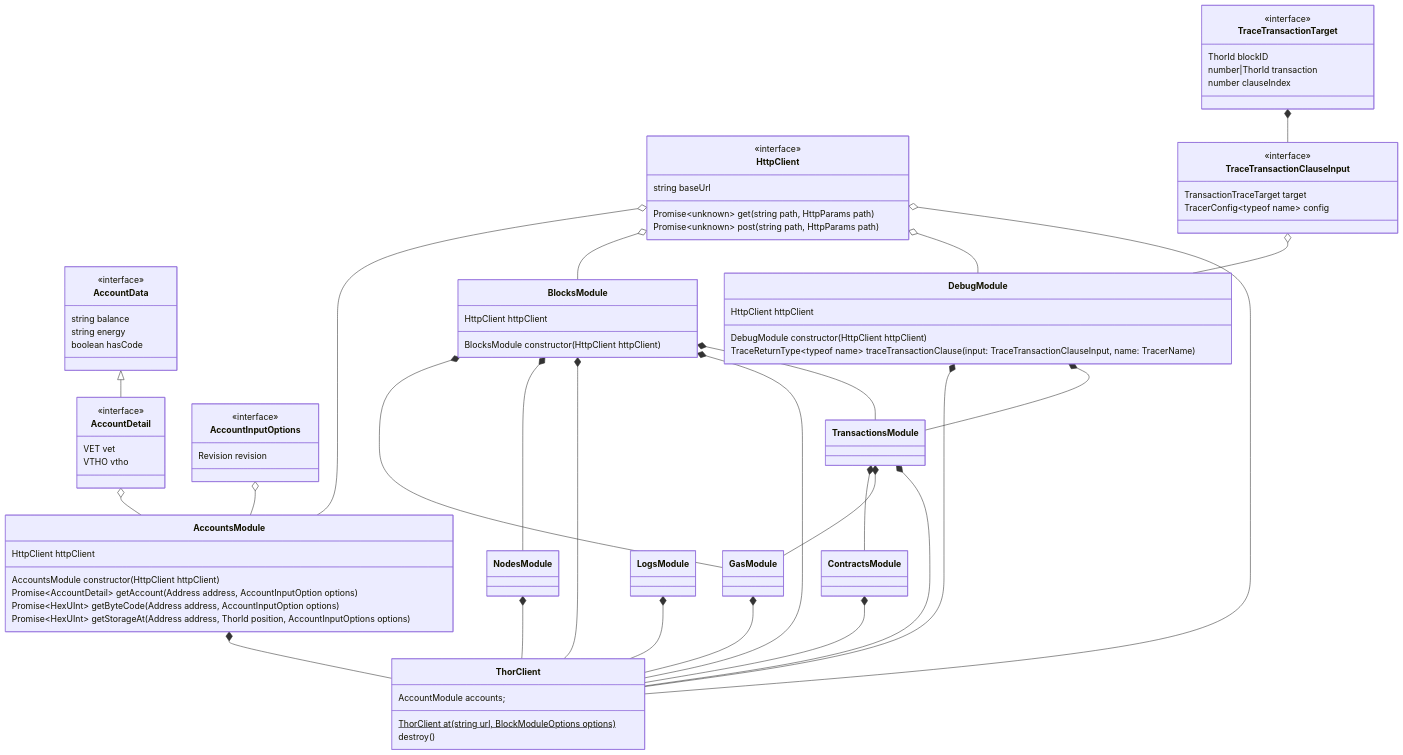
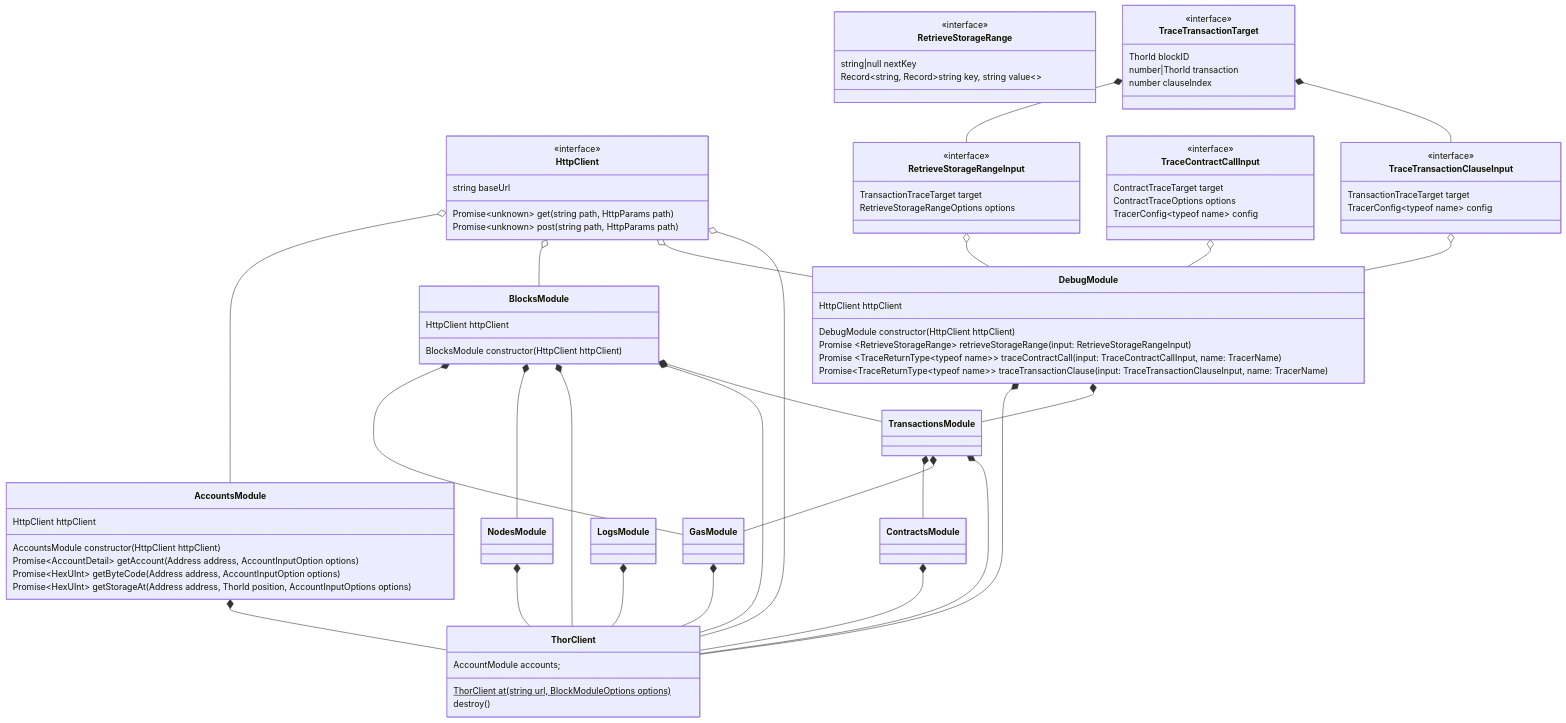
One commit to vechain/vechain-sdk-js changed the diagram in docs/diagrams/architecture/network.md. Above: the diagram before and after it, drawn with Mermaid. The commit also changed 5 other files, not shown here.

Commit message:
feat: 1450 debug module refactoring

````diff
--- a/docs/diagrams/architecture/network.md
+++ b/docs/diagrams/architecture/network.md
@@ -1,20 +1,5 @@
 ```mermaid
 classDiagram
-    class AccountData {
-        <<interface>>
-        string balance
-        string energy
-        boolean hasCode
-    }
-    class AccountDetail {
-        <<interface>>
-        VET vet
-        VTHO vtho
-    }
-    class AccountInputOptions {
-        <<interface>>
-        Revision revision
-    }
     class AccountsModule {
         HttpClient httpClient
         AccountsModule constructor(HttpClient httpClient)
@@ -31,7 +16,9 @@
     class DebugModule {
         HttpClient httpClient
         DebugModule constructor(HttpClient httpClient)
-        TraceReturnType~typeof name~ traceTransactionClause(input: TraceTransactionClauseInput, name: TracerName)
+        Promise ~RetrieveStorageRange~ retrieveStorageRange(input: RetrieveStorageRangeInput)
+        Promise ~TraceReturnType~typeof name~~ traceContractCall(input: TraceContractCallInput, name: TracerName)
+        Promise~TraceReturnType~typeof name~~ traceTransactionClause(input: TraceTransactionClauseInput, name: TracerName)
     }
     class GasModule {
     }
@@ -45,10 +32,26 @@
     }
     class NodesModule {
     }
+    class RetrieveStorageRangeInput {
+        <<interface>>
+        TransactionTraceTarget target
+        RetrieveStorageRangeOptions options
+    }
+    class RetrieveStorageRange {
+        <<interface>>
+        string|null nextKey
+        Record~string, Record~string key, string value~~
+    }
     class ThorClient {
         AccountModule accounts;
         ThorClient at(string url, BlockModuleOptions options)$
         destroy()
+    }
+    class TraceContractCallInput {
+        <<interface>>
+        ContractTraceTarget target
+        ContractTraceOptions options
+        TracerConfig~typeof name~ config
     }
     class TraceTransactionClauseInput {
         <<interface>>
@@ -63,9 +66,6 @@
     }
     class TransactionsModule {
     }
-    AccountData <|-- AccountDetail
-    AccountDetail o-- AccountsModule
-    AccountInputOptions o-- AccountsModule
     AccountsModule *-- ThorClient
     BlocksModule *-- GasModule
     BlocksModule *-- NodesModule
@@ -82,7 +82,10 @@
     HttpClient o-- ThorClient
     LogsModule *-- ThorClient
     NodesModule *-- ThorClient
+    RetrieveStorageRangeInput o-- DebugModule
+    TraceContractCallInput o-- DebugModule
     TraceTransactionClauseInput o-- DebugModule
+    TraceTransactionTarget *-- RetrieveStorageRangeInput
     TraceTransactionTarget *-- TraceTransactionClauseInput
     TransactionsModule *-- ContractsModule
     TransactionsModule *-- GasModule
````
